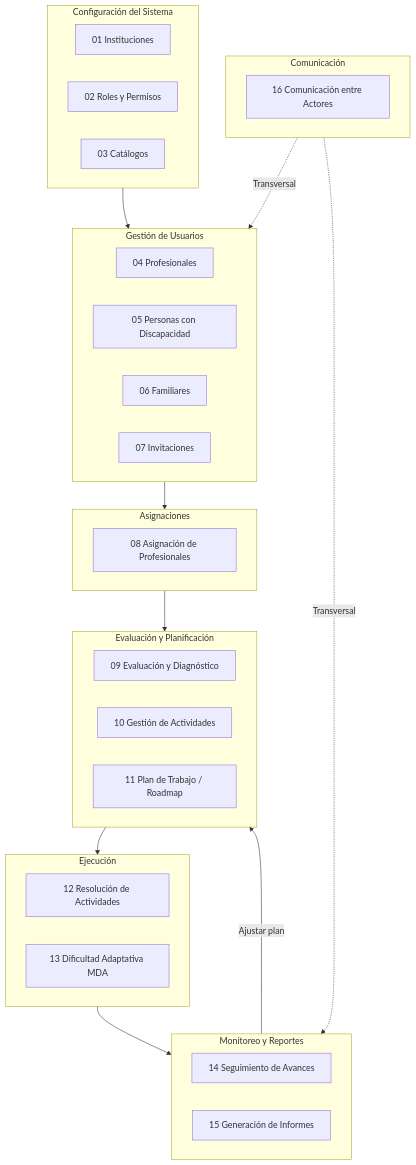
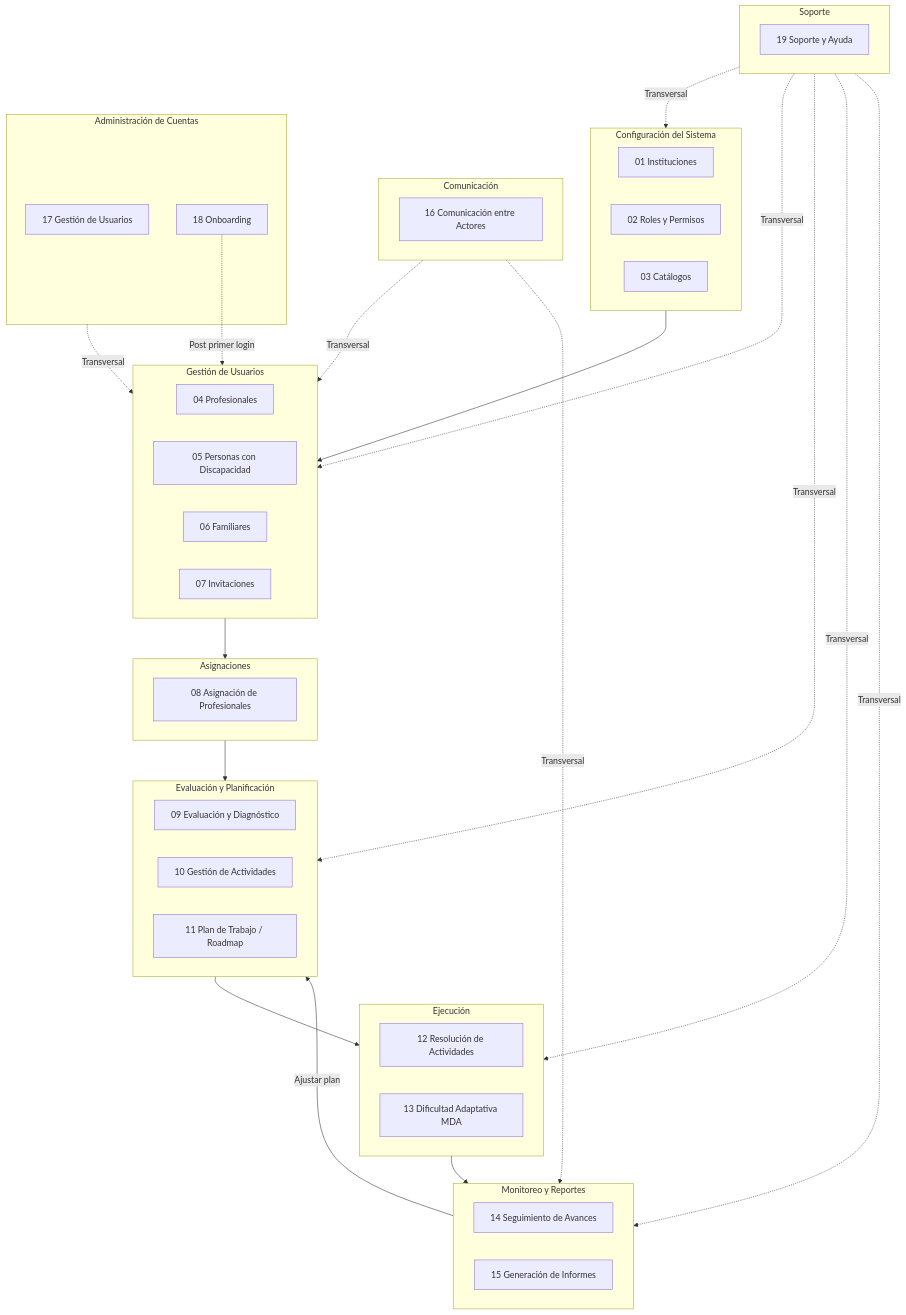
The first of 6 diagrams in Process/00-mapa-global-procesos.md (Sacha-html/InclusiON), drawn with Mermaid before and after one commit. The commit also changed other lines of this file and 11 other files, not shown here.

````diff
--- a/Process/00-mapa-global-procesos.md
+++ b/Process/00-mapa-global-procesos.md
@@ -7,49 +7,61 @@
 ```mermaid
 flowchart TB
     subgraph CONFIG["Configuración del Sistema"]
         P01[01 Instituciones]
         P02[02 Roles y Permisos]
         P03[03 Catálogos]
     end
 
     subgraph USUARIOS["Gestión de Usuarios"]
         P04[04 Profesionales]
         P05[05 Personas con Discapacidad]
         P06[06 Familiares]
         P07[07 Invitaciones]
     end
 
     subgraph ASIG["Asignaciones"]
         P08[08 Asignación de Profesionales]
     end
 
     subgraph EVAL["Evaluación y Planificación"]
         P09[09 Evaluación y Diagnóstico]
         P10[10 Gestión de Actividades]
         P11[11 Plan de Trabajo / Roadmap]
     end
 
     subgraph EJEC["Ejecución"]
         P12[12 Resolución de Actividades]
         P13[13 Dificultad Adaptativa MDA]
     end
 
     subgraph MONIT["Monitoreo y Reportes"]
         P14[14 Seguimiento de Avances]
         P15[15 Generación de Informes]
     end
 
     subgraph COM["Comunicación"]
         P16[16 Comunicación entre Actores]
     end
 
+    subgraph ADMIN_CUENTAS["Administración de Cuentas"]
+        P17[17 Gestión de Usuarios]
+        P18[18 Onboarding]
+    end
+
+    subgraph SOPORTE["Soporte"]
+        P19[19 Soporte y Ayuda]
+    end
+
     CONFIG --> USUARIOS
     USUARIOS --> ASIG
     ASIG --> EVAL
     EVAL --> EJEC
     EJEC --> MONIT
     MONIT -->|Ajustar plan| EVAL
     COM -.->|Transversal| USUARIOS
     COM -.->|Transversal| MONIT
+    ADMIN_CUENTAS -.->|Transversal| USUARIOS
+    P18 -.->|Post primer login| USUARIOS
+    SOPORTE -.->|Transversal| CONFIG & USUARIOS & EVAL & EJEC & MONIT
 
 ```
````
